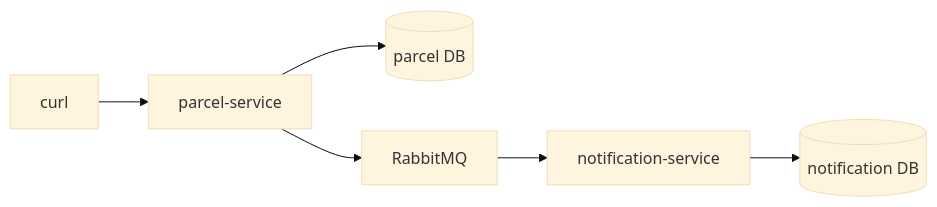
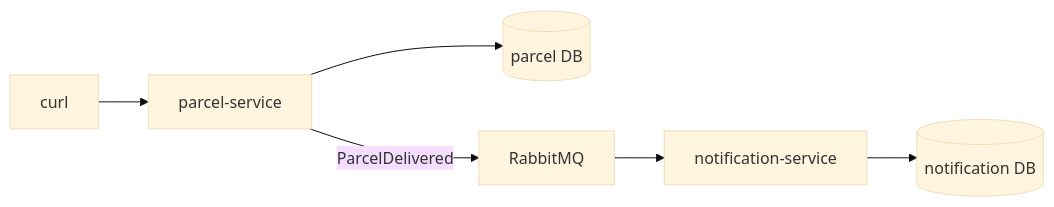
Before and after one commit to kevin-voss/learning-project: the diagram in tracks/spring-boot/topics/13-split-services/README.md, drawn with Mermaid (base theme). The commit also changed other lines of this file and 85 other files, not shown here.

````diff
--- a/tracks/spring-boot/topics/13-split-services/README.md
+++ b/tracks/spring-boot/topics/13-split-services/README.md
@@ -32,8 +28,8 @@
 ```mermaid
 flowchart LR
   C[curl] --> P[parcel-service]
   P --> PD[(parcel DB)]
-  P --> Q[RabbitMQ]
+  P -->|ParcelDelivered| Q[RabbitMQ]
   Q --> N[notification-service]
   N --> ND[(notification DB)]
 ```
````
